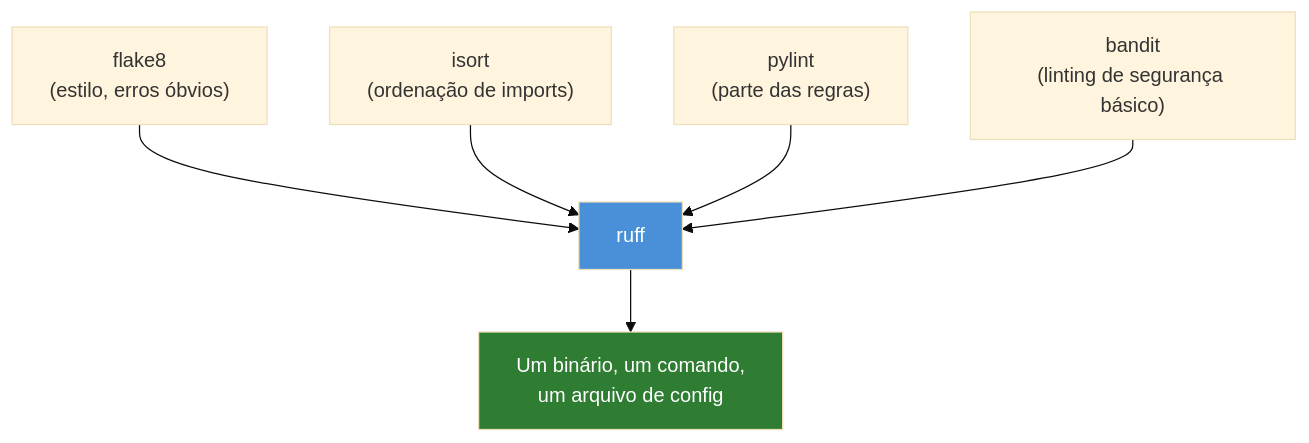
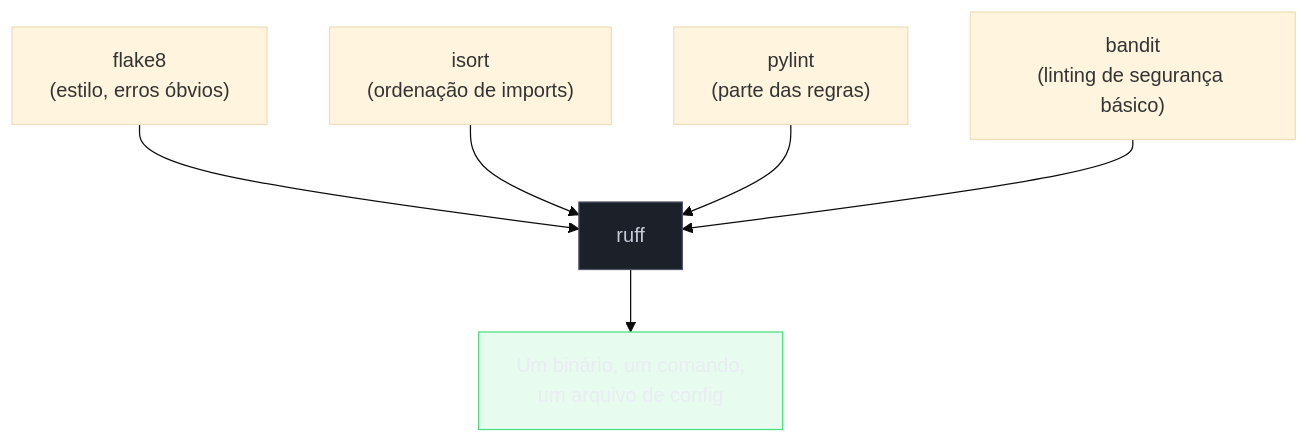
Before and after one commit to josenaldo/codex-technomanticus: the first of 3 diagrams in 03-Dominios/Tecnologia/Python/Build e tooling/07 - ruff e black — linting e formatação automática.md, drawn with Mermaid (base theme). The commit also changed other lines of this file and 1181 other files, not shown here.

First line of the commit message:
fix(diagramas): paleta do sistema no lugar de cor cravada no markdown

````diff
--- a/03-Dominios/Tecnologia/Python/Build e tooling/07 - ruff e black — linting e formatação automática.md
+++ b/03-Dominios/Tecnologia/Python/Build e tooling/07 - ruff e black — linting e formatação automática.md
@@ -50,12 +50,14 @@
 ```mermaid
 flowchart TD
+    classDef neutro fill:#1B2029,stroke:#4E5666,color:#C6CCD8
+    classDef ok fill:#4ADE8021,stroke:#4ADE80,color:#E9ECF2
     F["flake8<br/>(estilo, erros óbvios)"] --> R["ruff"]
     I["isort<br/>(ordenação de imports)"] --> R
     P["pylint<br/>(parte das regras)"] --> R
     B["bandit<br/>(linting de segurança básico)"] --> R
 
     R --> OUT["Um binário, um comando,<br/>um arquivo de config"]
 
-    style R fill:#4A90D9,color:#fff
-    style OUT fill:#2E7D32,color:#fff
+    class R neutro
+    class OUT ok
 ```
````
